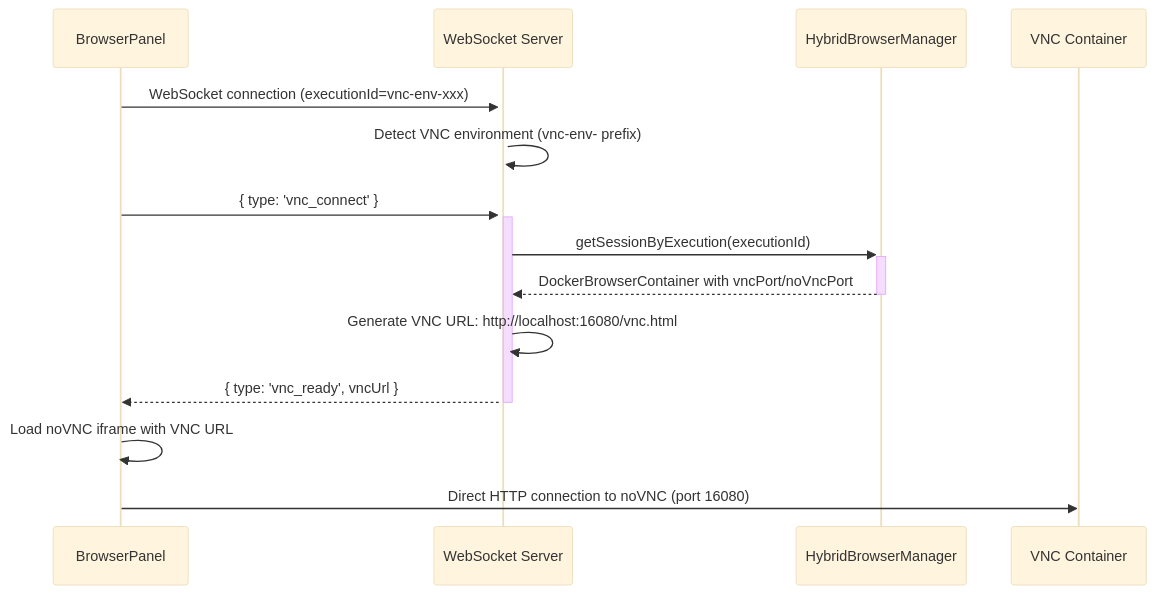
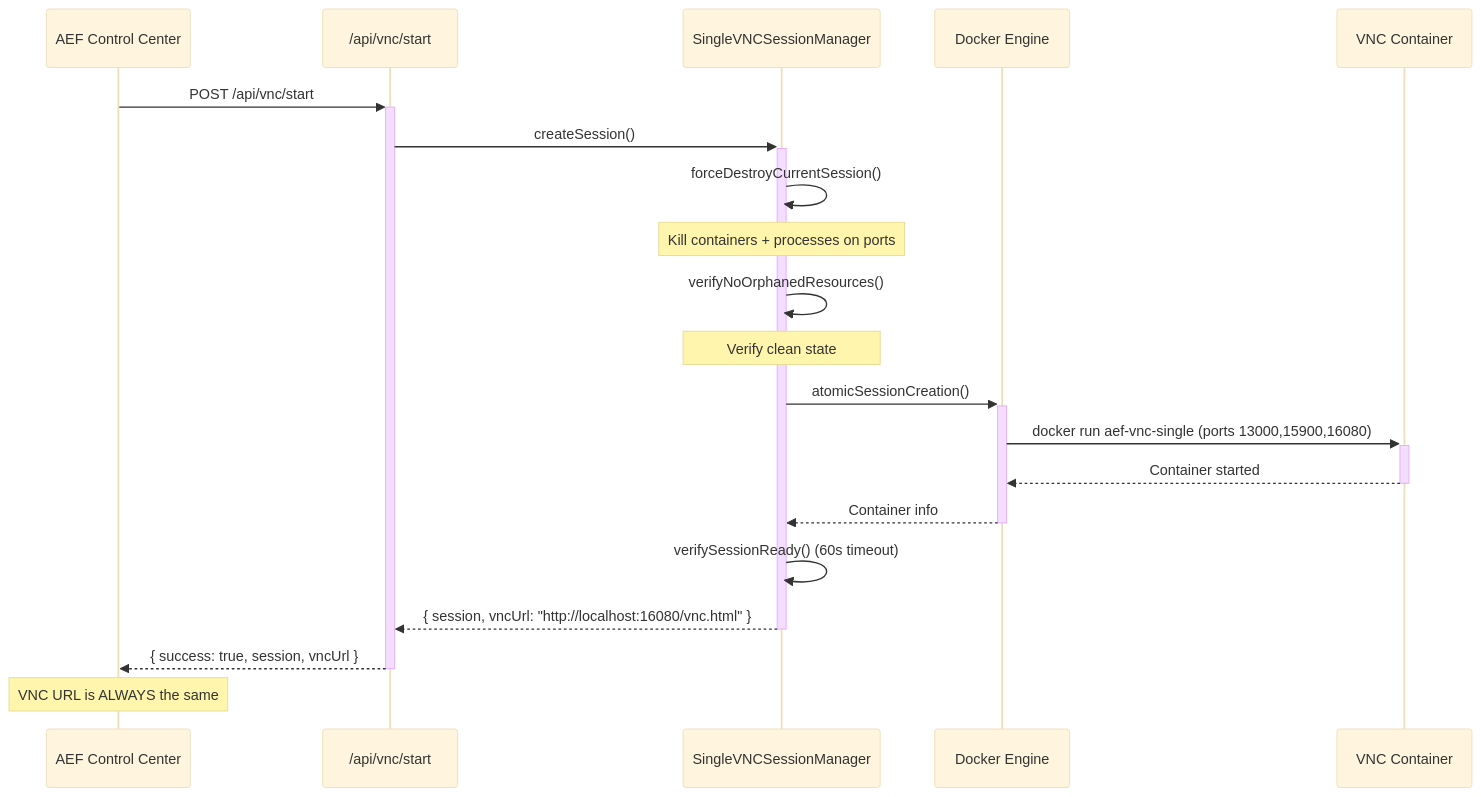
The third of 4 diagrams in VNC-WebSocket-RemoteDesktop-Documentation.md (Atypis/runops-v2), drawn with Mermaid (base theme) before and after one commit. The commit also changed other lines of this file and 16 other files, not shown here.

Commit message:
Finally implemented Single Container Policy and connected AEF to single container!

````diff
--- a/VNC-WebSocket-RemoteDesktop-Documentation.md
+++ b/VNC-WebSocket-RemoteDesktop-Documentation.md
@@ -564,17 +377,23 @@
 ```mermaid
 sequenceDiagram
-    participant UI as BrowserPanel
-    participant WS as WebSocket Server
-    participant HBM as HybridBrowserManager
+    participant UI as AEF Control Center
+    participant API as /api/vnc/start
+    participant MGR as SingleVNCSessionManager
+    participant Docker as Docker Engine
     participant Container as VNC Container
 
-    UI->>+WS: WebSocket connection (executionId=vnc-env-xxx)
-    WS->>WS: Detect VNC environment (vnc-env- prefix)
-    UI->>+WS: { type: 'vnc_connect' }
-    WS->>+HBM: getSessionByExecution(executionId)
-    HBM-->>-WS: DockerBrowserContainer with vncPort/noVncPort
-    WS->>WS: Generate VNC URL: http://localhost:16080/vnc.html
-    WS-->>-UI: { type: 'vnc_ready', vncUrl }
-    UI->>UI: Load noVNC iframe with VNC URL
-    UI->>Container: Direct HTTP connection to noVNC (port 16080)
+    UI->>+API: POST /api/vnc/start
+    API->>+MGR: createSession()
+    MGR->>MGR: forceDestroyCurrentSession()
+    Note over MGR: Kill containers + processes on ports
+    MGR->>MGR: verifyNoOrphanedResources()
+    Note over MGR: Verify clean state
+    MGR->>+Docker: atomicSessionCreation()
+    Docker->>+Container: docker run aef-vnc-single (ports 13000,15900,16080)
+    Container-->>-Docker: Container started
+    Docker-->>-MGR: Container info
+    MGR->>MGR: verifySessionReady() (60s timeout)
+    MGR-->>-API: { session, vncUrl: "http://localhost:16080/vnc.html" }
+    API-->>-UI: { success: true, session, vncUrl }
+    Note over UI: VNC URL is ALWAYS the same
 ```
````
